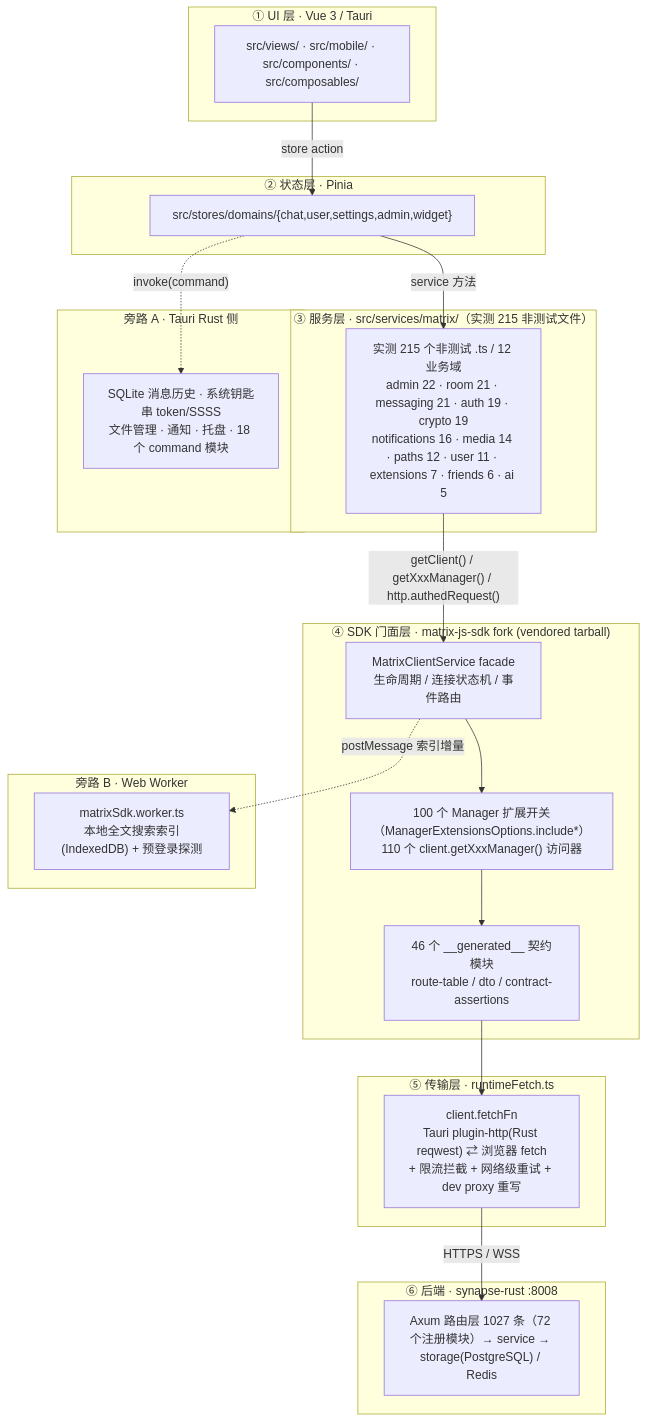
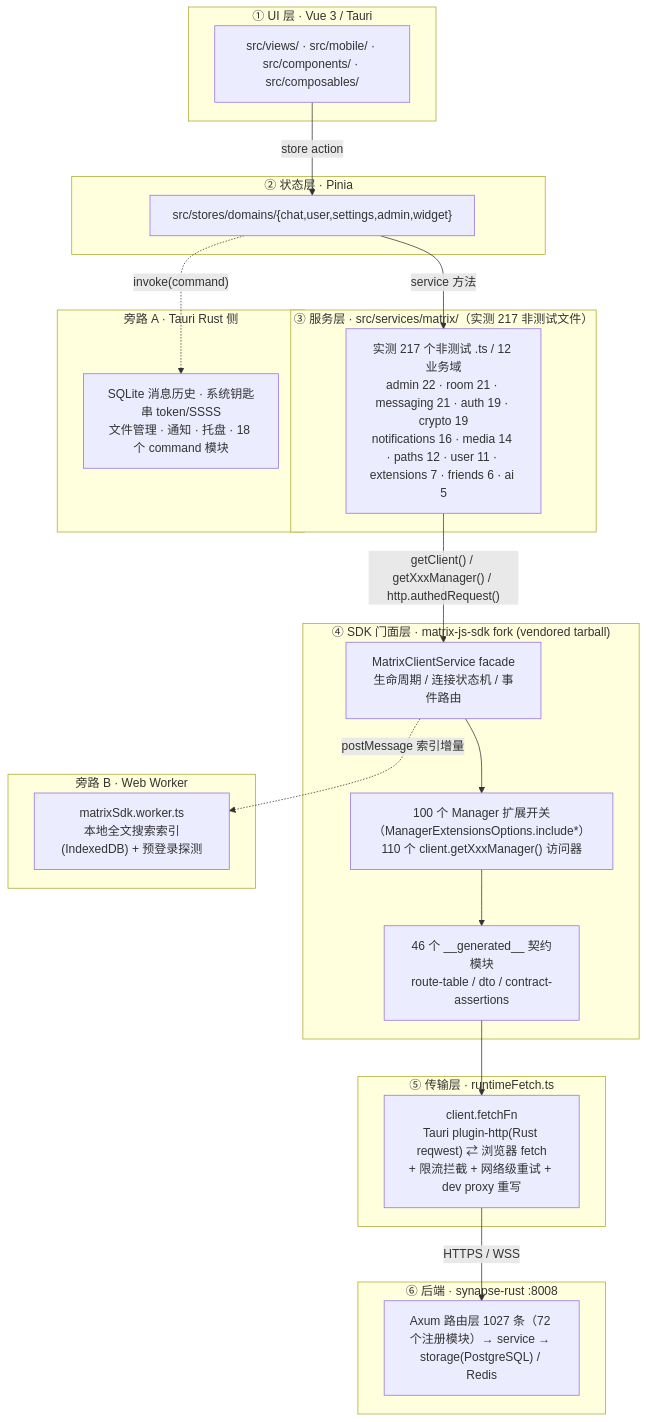
The first of 4 diagrams in docs/Tjg-SDK-集成架构与能力图谱-2026-10-08.md (langkebo/hula), drawn with Mermaid before and after one commit. The commit also changed other lines of this file and 12 other files, not shown here.

````diff
--- a/docs/Tjg-SDK-集成架构与能力图谱-2026-10-08.md
+++ b/docs/Tjg-SDK-集成架构与能力图谱-2026-10-08.md
@@ -32,47 +32,47 @@
 ```mermaid
 flowchart TB
     subgraph L1["① UI 层 · Vue 3 / Tauri"]
         UI["src/views/ · src/mobile/ · src/components/ · src/composables/"]
     end
 
     subgraph L2["② 状态层 · Pinia"]
         ST["src/stores/domains/{chat,user,settings,admin,widget}"]
     end
 
-    subgraph L3["③ 服务层 · src/services/matrix/（实测 215 非测试文件）"]
-        SV["实测 215 个非测试 .ts / 12 业务域<br/>admin 22 · room 21 · messaging 21 · auth 19 · crypto 19<br/>notifications 16 · media 14 · paths 12 · user 11 · extensions 7 · friends 6 · ai 5"]
+    subgraph L3["③ 服务层 · src/services/matrix/（实测 217 非测试文件）"]
+        SV["实测 217 个非测试 .ts / 12 业务域<br/>admin 22 · room 21 · messaging 21 · auth 19 · crypto 19<br/>notifications 16 · media 14 · paths 12 · user 11 · extensions 7 · friends 6 · ai 5"]
     end
 
     subgraph L4["④ SDK 门面层 · matrix-js-sdk fork (vendored tarball)"]
         SDK1["MatrixClientService facade<br/>生命周期 / 连接状态机 / 事件路由"]
         SDK2["100 个 Manager 扩展开关（ManagerExtensionsOptions.include*）<br/>110 个 client.getXxxManager() 访问器"]
         SDK3["46 个 __generated__ 契约模块<br/>route-table / dto / contract-assertions"]
     end
 
     subgraph L5["⑤ 传输层 · runtimeFetch.ts"]
         NET["client.fetchFn<br/>Tauri plugin-http(Rust reqwest) ⇄ 浏览器 fetch<br/>+ 限流拦截 + 网络级重试 + dev proxy 重写"]
     end
 
     subgraph L6["⑥ 后端 · synapse-rust :8008"]
         BE["Axum 路由层 1027 条（72 个注册模块）→ service → storage(PostgreSQL) / Redis"]
     end
 
     UI -->|"store action"| ST
     ST -->|"service 方法"| SV
     SV -->|"getClient() / getXxxManager() / http.authedRequest()"| SDK1
     SDK1 --> SDK2
     SDK2 --> SDK3
     SDK3 --> NET
     NET -->|"HTTPS / WSS"| BE
 
     subgraph SIDE1["旁路 A · Tauri Rust 侧"]
         TAURI["SQLite 消息历史 · 系统钥匙串 token/SSSS<br/>文件管理 · 通知 · 托盘 · 18 个 command 模块"]
     end
 
     subgraph SIDE2["旁路 B · Web Worker"]
         WK["matrixSdk.worker.ts<br/>本地全文搜索索引(IndexedDB) + 预登录探测"]
     end
 
     ST -.->|"invoke(command)"| TAURI
     SDK1 -.->|"postMessage 索引增量"| WK
 ```
````
